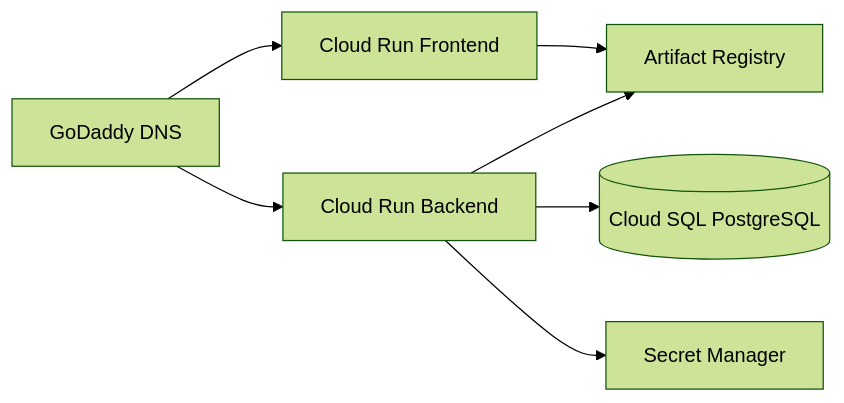
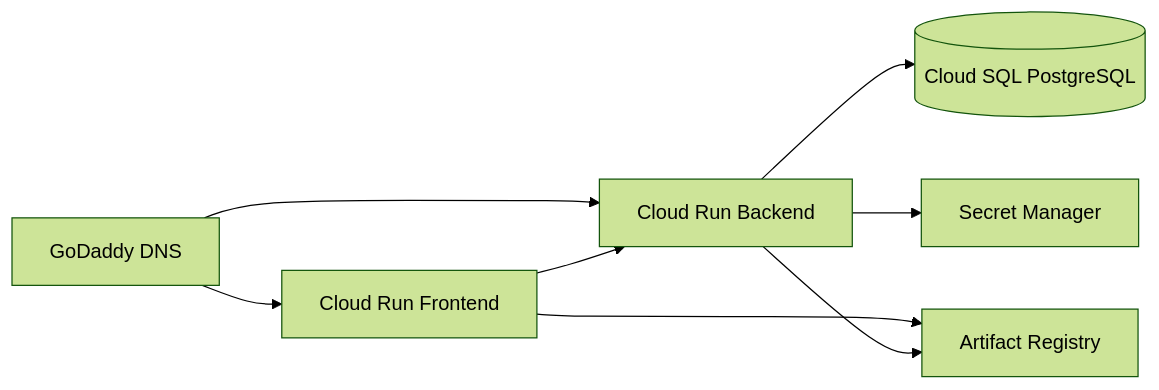
The diagram in docs/deployment-gcp.md (JuanLara18/Cunservicios), drawn with Mermaid (forest theme) before and after one commit. The commit also changed other lines of this file and 30 other files, not shown here.

````diff
--- a/docs/deployment-gcp.md
+++ b/docs/deployment-gcp.md
@@ -7,9 +7,10 @@
 ```mermaid
 flowchart LR
     DNS[GoDaddy DNS] --> FE[Cloud Run Frontend]
     DNS --> BE[Cloud Run Backend]
+    FE --> BE
     BE --> SQL[(Cloud SQL PostgreSQL)]
     BE --> SM[Secret Manager]
     FE --> AR[Artifact Registry]
     BE --> AR
 ```
````
